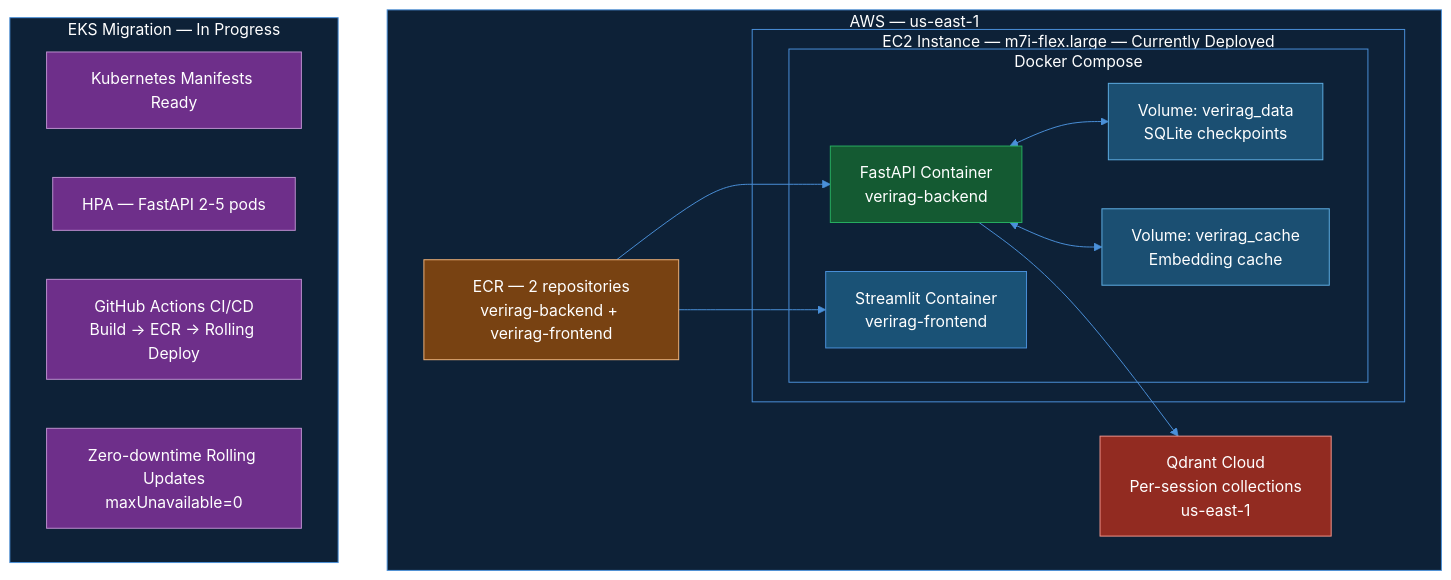
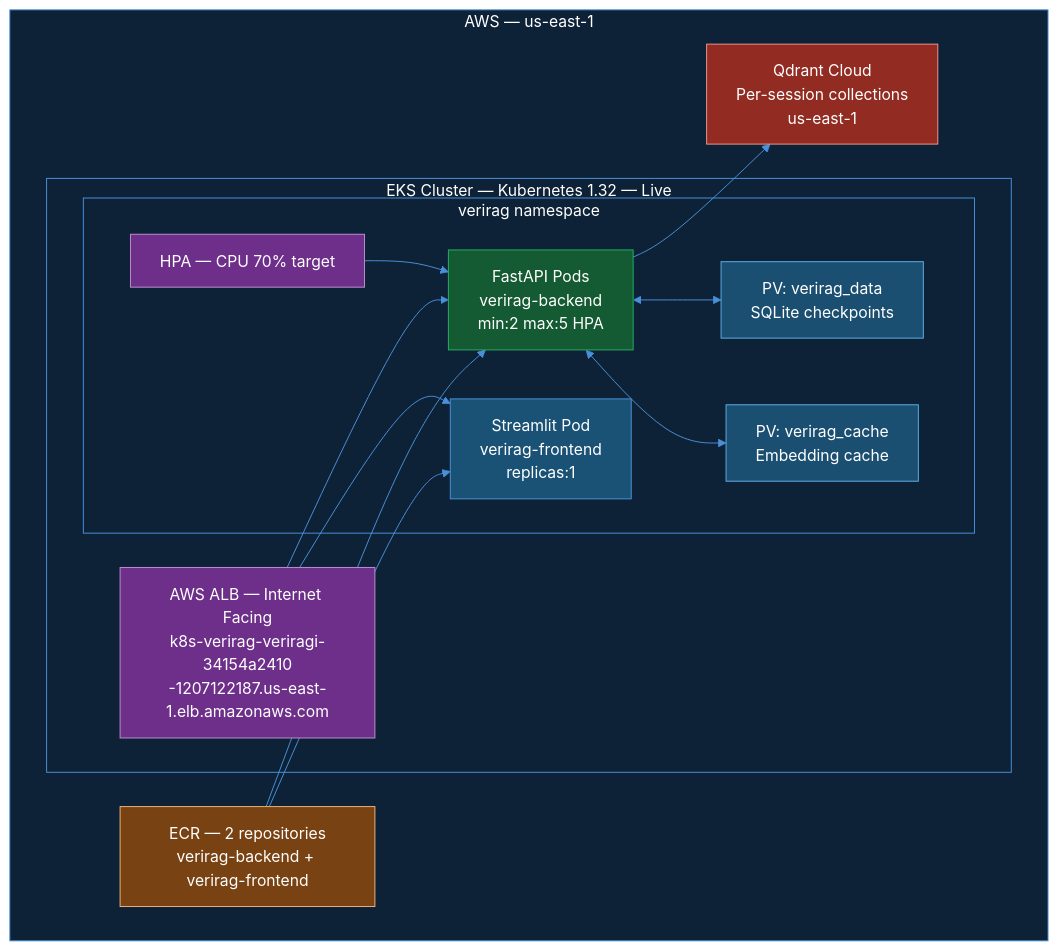
One commit to akashagalave/VeriRAG changed the fourth of 4 diagrams in README.md. Above: the diagram before and after it, drawn with Mermaid. The commit also changed other lines of this file and 2 other files, not shown here.

Commit message:
Updated readme.md file with final results after EKS deployment

````diff
--- a/README.md
+++ b/README.md
@@ -239,39 +239,34 @@
 ```mermaid
 %%{init: {'theme': 'base', 'themeVariables': {'primaryColor': '#1e3a5f', 'primaryTextColor': '#ffffff', 'primaryBorderColor': '#4a90d9', 'lineColor': '#4a90d9', 'clusterBkg': '#0d2137', 'clusterBorder': '#4a90d9', 'titleColor': '#ffffff', 'nodeTextColor': '#ffffff'}}}%%
 flowchart TB
     subgraph AWS[AWS — us-east-1]
-        subgraph EC2[EC2 Instance — m7i-flex.large — Currently Deployed]
-            subgraph DC[Docker Compose]
-                FA2[FastAPI Container\nverirag-backend]
-                ST2[Streamlit Container\nverirag-frontend]
-                VOL1[Volume: verirag_data\nSQLite checkpoints]
-                VOL2[Volume: verirag_cache\nEmbedding cache]
+        subgraph EKS[EKS Cluster — Kubernetes 1.32 — Live]
+            subgraph NS[verirag namespace]
+                FA2[FastAPI Pods\nverirag-backend\nmin:2 max:5 HPA]
+                ST2[Streamlit Pod\nverirag-frontend\nreplicas:1]
+                HPA3[HPA — CPU 70% target]
+                VOL1[PV: verirag_data\nSQLite checkpoints]
+                VOL2[PV: verirag_cache\nEmbedding cache]
             end
+            ALB[AWS ALB — Internet Facing\nk8s-verirag-veriragi-34154a2410\n-1207122187.us-east-1.elb.amazonaws.com]
         end
         ECR3[ECR — 2 repositories\nverirag-backend + verirag-frontend]
         QDRANT4[Qdrant Cloud\nPer-session collections\nus-east-1]
     end
 
-    subgraph EKS_SOON[EKS Migration — In Progress]
-        K8S[Kubernetes Manifests Ready]
-        HPA2[HPA — FastAPI 2-5 pods]
-        CICD[GitHub Actions CI/CD\nBuild → ECR → Rolling Deploy]
-        ROLL[Zero-downtime Rolling Updates\nmaxUnavailable=0]
-    end
-
+    ALB --> FA2 & ST2
     ECR3 --> FA2 & ST2
     FA2 --> QDRANT4
     FA2 <--> VOL1
     FA2 <--> VOL2
+    HPA3 --> FA2
 
     style FA2 fill:#145a32,stroke:#27ae60,color:#fff
     style ST2 fill:#1a5276,stroke:#4a90d9,color:#fff
     style VOL1 fill:#1b4f72,stroke:#5dade2,color:#fff
     style VOL2 fill:#1b4f72,stroke:#5dade2,color:#fff
     style ECR3 fill:#784212,stroke:#f0b27a,color:#fff
     style QDRANT4 fill:#922b21,stroke:#f1948a,color:#fff
-    style K8S fill:#6e2f8a,stroke:#bb8fce,color:#fff
-    style HPA2 fill:#6e2f8a,stroke:#bb8fce,color:#fff
-    style CICD fill:#6e2f8a,stroke:#bb8fce,color:#fff
-    style ROLL fill:#6e2f8a,stroke:#bb8fce,color:#fff
+    style ALB fill:#6e2f8a,stroke:#bb8fce,color:#fff
+    style HPA3 fill:#6e2f8a,stroke:#bb8fce,color:#fff
 ```
````
